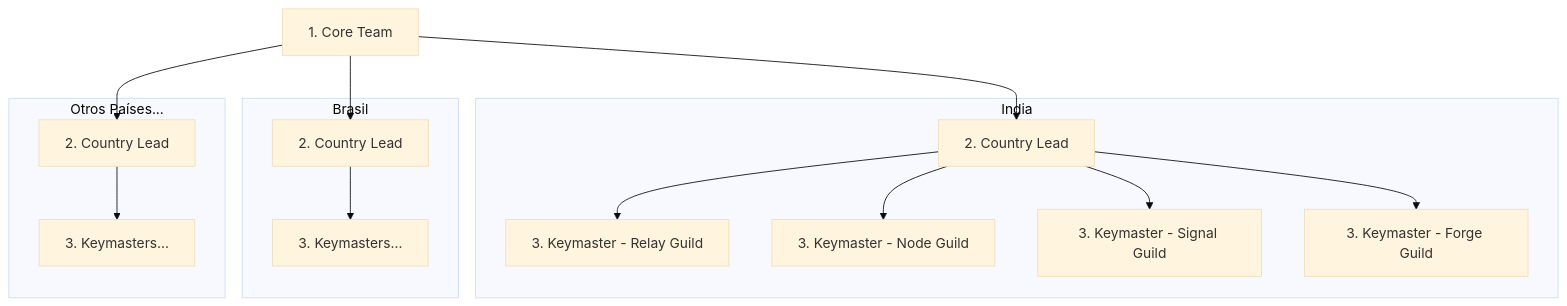
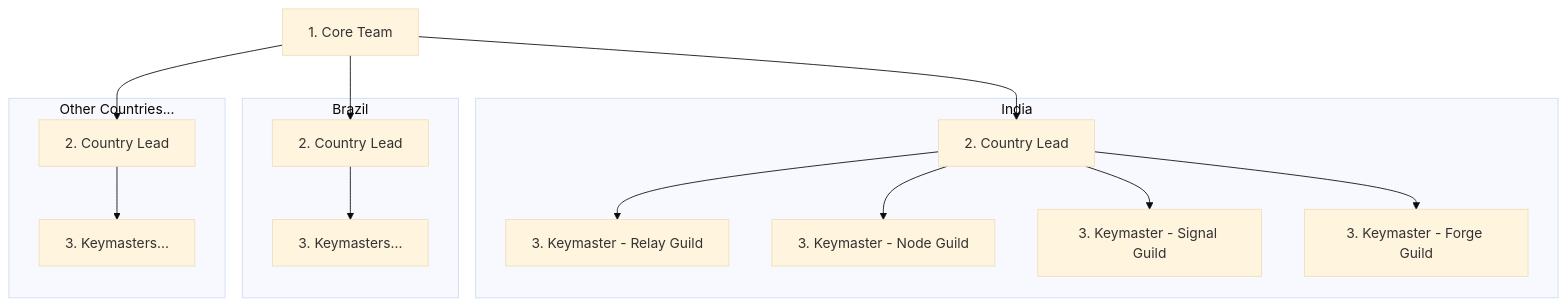
The diagram in translations/es/for-community/hierarchy.md (uditstocks/docs.p2pdotme), drawn with Mermaid (base theme) before and after one commit. The commit also changed other lines of this file and 263 other files, not shown here.

````diff
--- a/translations/es/for-community/hierarchy.md
+++ b/translations/es/for-community/hierarchy.md
@@ -15,32 +15,32 @@
 ```mermaid
 flowchart TD
     CT["1. Core Team"]
-    
+
     subgraph india [India]
         CL_IN["2. Country Lead"]
         KM_IN_Relay["3. Keymaster - Relay Guild"]
         KM_IN_Node["3. Keymaster - Node Guild"]
         KM_IN_Signal["3. Keymaster - Signal Guild"]
         KM_IN_Forge["3. Keymaster - Forge Guild"]
         CL_IN --> KM_IN_Relay
         CL_IN --> KM_IN_Node
         CL_IN --> KM_IN_Signal
         CL_IN --> KM_IN_Forge
     end
-    
-    subgraph brazil [Brasil]
+
+    subgraph brazil [Brazil]
         CL_BR["2. Country Lead"]
         KM_BR["3. Keymasters..."]
         CL_BR --> KM_BR
     end
-    
-    subgraph other [Otros Países...]
+
+    subgraph other [Other Countries...]
         CL_X["2. Country Lead"]
         KM_X["3. Keymasters..."]
         CL_X --> KM_X
     end
-    
+
     CT --> CL_IN
     CT --> CL_BR
     CT --> CL_X
 ```
````
